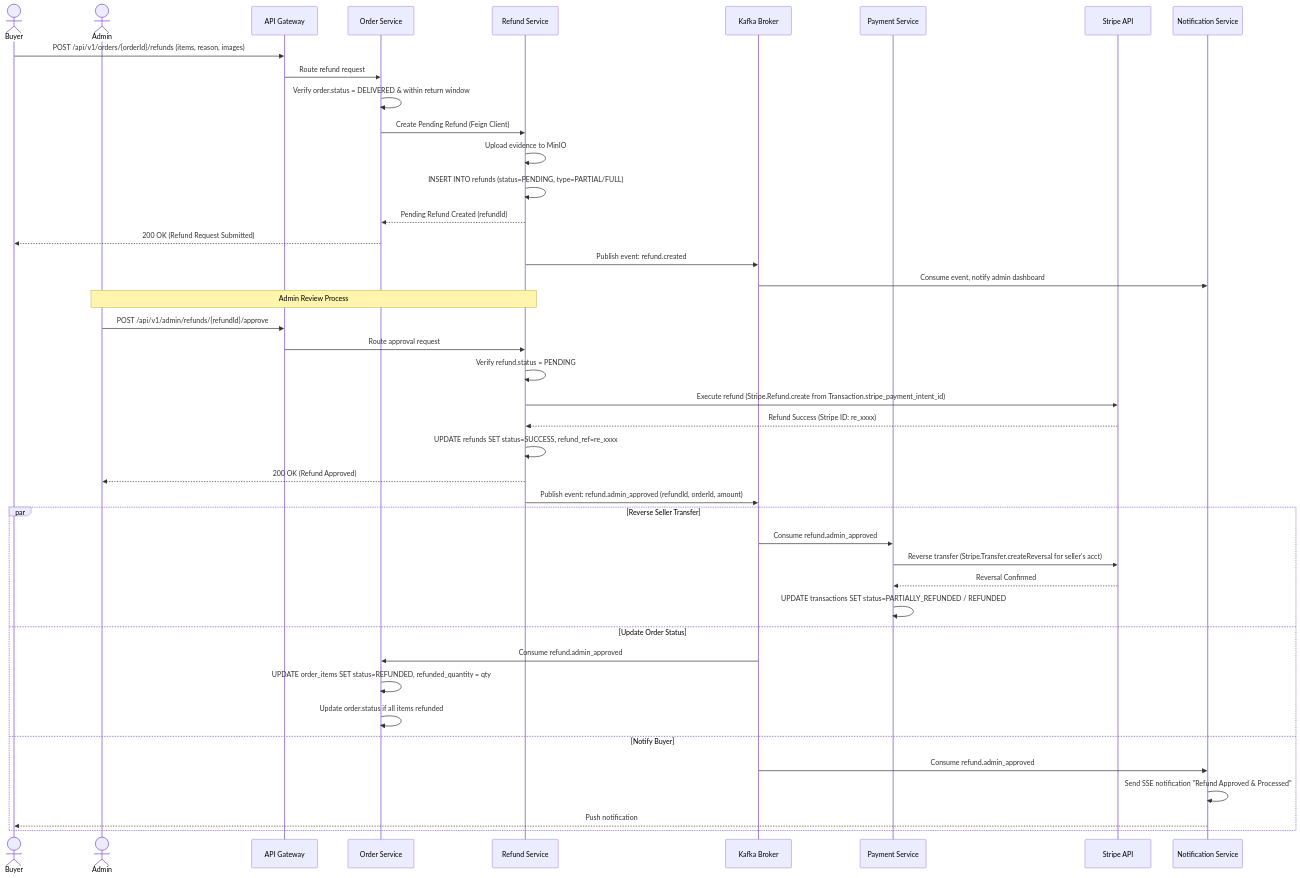
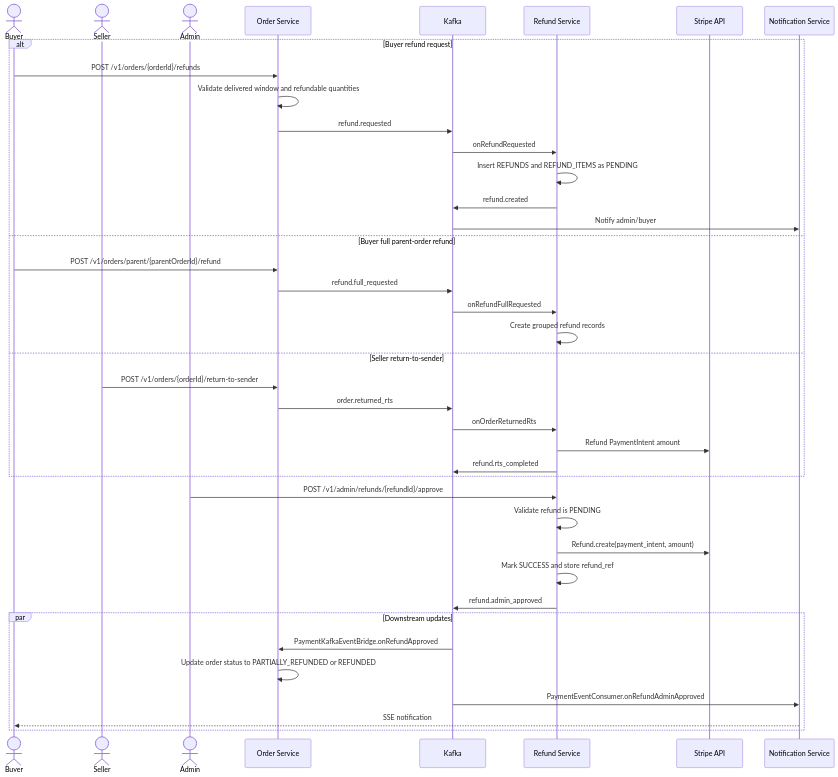
The diagram in documents/flows/cross-service/flow-refund-processing.md (ldqanh1408/stealing-from-paradise), drawn with Mermaid before and after one commit. The commit also changed other lines of this file and 326 other files, not shown here.

````diff
--- a/documents/flows/cross-service/flow-refund-processing.md
+++ b/documents/flows/cross-service/flow-refund-processing.md
@@ -9,51 +15,44 @@
 ```mermaid
 sequenceDiagram
     actor Buyer
+    actor Seller
     actor Admin
-    participant GW as API Gateway
-    participant OS as Order Service
-    participant RefS as Refund Service
-    participant Kafka as Kafka Broker
-    participant PayS as Payment Service
+    participant Order as Order Service
+    participant Kafka as Kafka
+    participant Refund as Refund Service
     participant Stripe as Stripe API
-    participant NotifS as Notification Service
+    participant Notif as Notification Service
 
-    Buyer->>GW: POST /api/v1/orders/{orderId}/refunds (items, reason, images)
-    GW->>OS: Route refund request
-    OS->>OS: Verify order.status = DELIVERED & within return window
-    OS->>RefS: Create Pending Refund (Feign Client)
-    RefS->>RefS: Upload evidence to MinIO
-    RefS->>RefS: INSERT INTO refunds (status=PENDING, type=PARTIAL/FULL)
-    RefS-->>OS: Pending Refund Created (refundId)
-    OS-->>Buyer: 200 OK (Refund Request Submitted)
+    alt Buyer refund request
+        Buyer->>Order: POST /v1/orders/{orderId}/refunds
+        Order->>Order: Validate delivered window and refundable quantities
+        Order->>Kafka: refund.requested
+        Kafka->>Refund: onRefundRequested
+        Refund->>Refund: Insert REFUNDS and REFUND_ITEMS as PENDING
+        Refund->>Kafka: refund.created
+        Kafka->>Notif: Notify admin/buyer
+    else Buyer full parent-order refund
+        Buyer->>Order: POST /v1/orders/parent/{parentOrderId}/refund
+        Order->>Kafka: refund.full_requested
+        Kafka->>Refund: onRefundFullRequested
+        Refund->>Refund: Create grouped refund records
+    else Seller return-to-sender
+        Seller->>Order: POST /v1/orders/{orderId}/return-to-sender
+        Order->>Kafka: order.returned_rts
+        Kafka->>Refund: onOrderReturnedRts
+        Refund->>Stripe: Refund PaymentIntent amount
+        Refund->>Kafka: refund.rts_completed
+    end
 
-    RefS->>Kafka: Publish event: refund.created
-    Kafka->>NotifS: Consume event, notify admin dashboard
-
-    Note over Admin, RefS: Admin Review Process
-
-    Admin->>GW: POST /api/v1/admin/refunds/{refundId}/approve
-    GW->>RefS: Route approval request
-    RefS->>RefS: Verify refund.status = PENDING
-    RefS->>Stripe: Execute refund (Stripe.Refund.create from Transaction.stripe_payment_intent_id)
-    Stripe-->>RefS: Refund Success (Stripe ID: re_xxxx)
-    RefS->>RefS: UPDATE refunds SET status=SUCCESS, refund_ref=re_xxxx
-    RefS-->>Admin: 200 OK (Refund Approved)
-
-    RefS->>Kafka: Publish event: refund.admin_approved (refundId, orderId, amount)
-
-    par Reverse Seller Transfer
-        Kafka->>PayS: Consume refund.admin_approved
-        PayS->>Stripe: Reverse transfer (Stripe.Transfer.createReversal for seller's acct)
-        Stripe-->>PayS: Reversal Confirmed
-        PayS->>PayS: UPDATE transactions SET status=PARTIALLY_REFUNDED / REFUNDED
-    and Update Order Status
-        Kafka->>OS: Consume refund.admin_approved
-        OS->>OS: UPDATE order_items SET status=REFUNDED, refunded_quantity = qty
-        OS->>OS: Update order.status if all items refunded
-    and Notify Buyer
-        Kafka->>NotifS: Consume refund.admin_approved
-        NotifS->>NotifS: Send SSE notification "Refund Approved & Processed"
-        NotifS-->>Buyer: Push notification
+    Admin->>Refund: POST /v1/admin/refunds/{refundId}/approve
+    Refund->>Refund: Validate refund is PENDING
+    Refund->>Stripe: Refund.create(payment_intent, amount)
+    Refund->>Refund: Mark SUCCESS and store refund_ref
+    Refund->>Kafka: refund.admin_approved
+    par Downstream updates
+        Kafka->>Order: PaymentKafkaEventBridge.onRefundApproved
+        Order->>Order: Update order status to PARTIALLY_REFUNDED or REFUNDED
+        Kafka->>Notif: PaymentEventConsumer.onRefundAdminApproved
+        Notif-->>Buyer: SSE notification
     end
 ```
````
